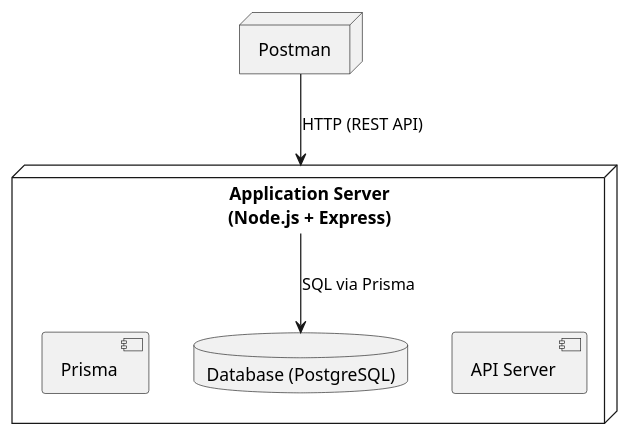
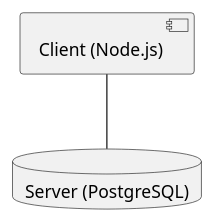
Before and after one commit to ThePhobosDeimosSuite/laboratoire-0_log430: the diagram in docs/UML/deployement.puml, drawn with PlantUML. The commit also changed 10 other files, not shown here.

```diff
--- a/docs/UML/deployement.puml
+++ b/docs/UML/deployement.puml
@@ -1,13 +1,8 @@
 @startuml deployement
-node Postman
 
-node "Application Server\n(Node.js + Express)" as Server {
-    component "API Server"
-    database "Database (PostgreSQL)" as DB
-    component "Prisma"
-}
+database "Server (PostgreSQL)" as Server
 
+component "Client (Node.js)" as Client
 
-Postman --> Server : HTTP (REST API)
-Server --> DB : SQL via Prisma
+    [Client] -- [Server]
 @enduml
```
